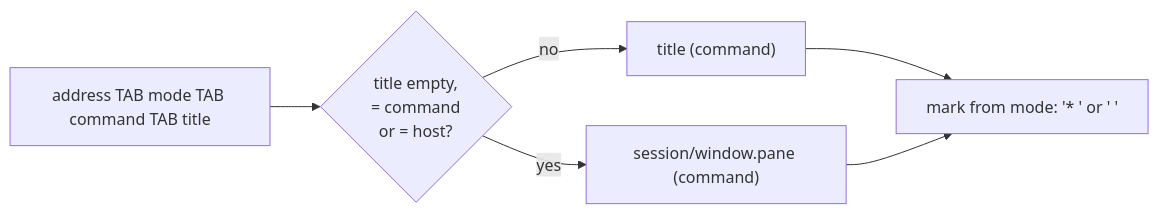
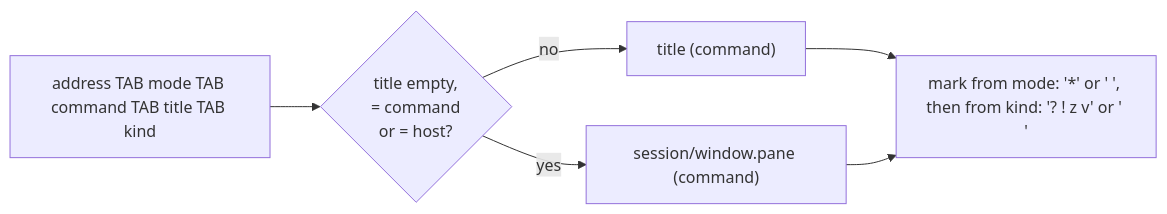
The first of 3 diagrams in docs/features/pane-view.md (notmarkopadjen/muxway-midp), drawn with Mermaid before and after one commit. The commit also changed other lines of this file and 4 other files, not shown here.

First line of the commit message:
The pane list says what a pane waits for: the kind column's ? ! z v after the writable mark, on both builds

````diff
--- a/docs/features/pane-view.md
+++ b/docs/features/pane-view.md
@@ -19,8 +21,8 @@
 ```mermaid
 flowchart LR
-    R["address TAB mode TAB command TAB title"] --> T{title empty,<br/>= command<br/>or = host?}
+    R["address TAB mode TAB command TAB title TAB kind"] --> T{title empty,<br/>= command<br/>or = host?}
     T -- no --> N["title (command)"]
     T -- yes --> A["session/window.pane (command)"]
-    N --> M["mark from mode: '* ' or '  '"]
+    N --> M["mark from mode: '*' or ' ', then from kind: '? ! z v' or ' '"]
     A --> M
 ```
````
